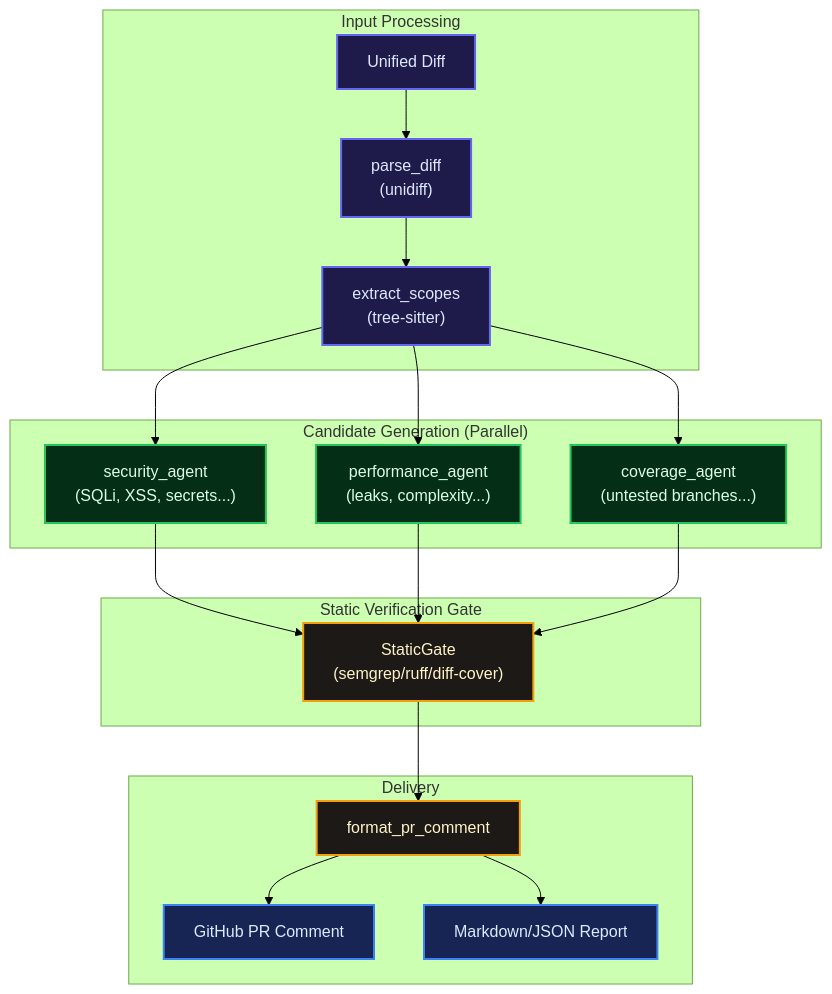
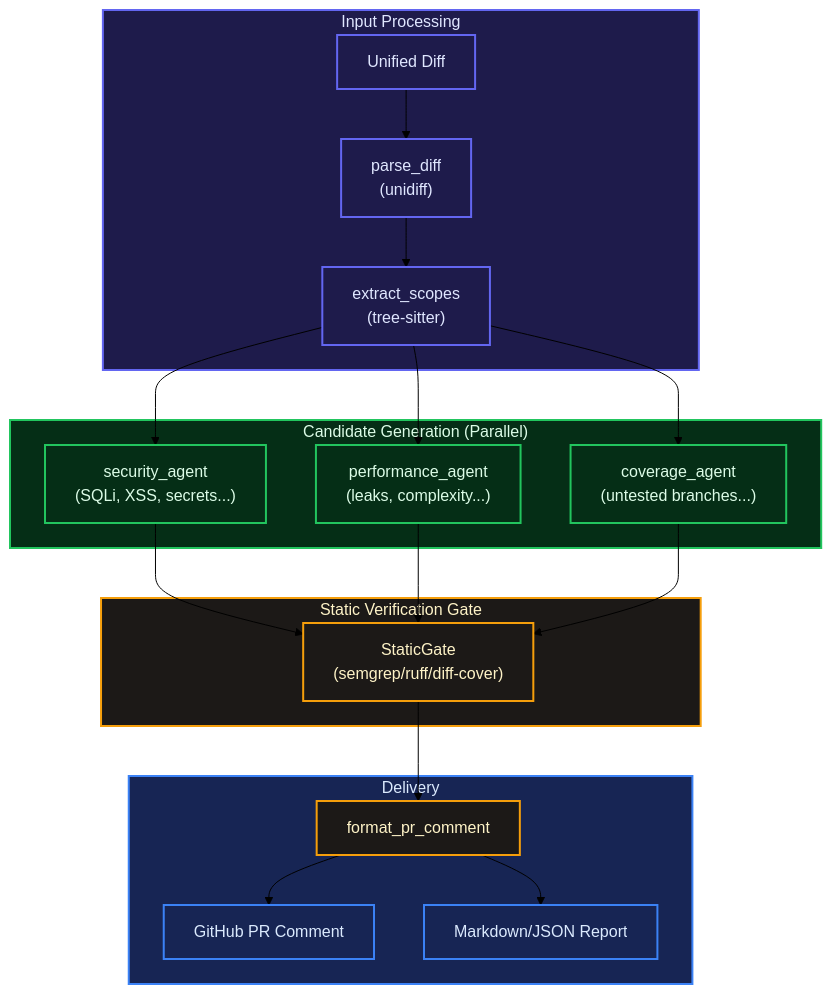
The diagram in README.md (VineshF1/Kosen), drawn with Mermaid (forest theme) before and after one commit.

````diff
--- a/README.md
+++ b/README.md
@@ -19,35 +19,35 @@
 ```mermaid
 flowchart TB
     classDef input fill:#1e1b4b,color:#e0e7ff,stroke:#6366f1,stroke-width:2px
     classDef agent fill:#052e16,color:#dcfce7,stroke:#22c55e,stroke-width:2px
     classDef gate fill:#1c1917,color:#fef3c7,stroke:#f59e0b,stroke-width:2px
     classDef output fill:#172554,color:#dbeafe,stroke:#3b82f6,stroke-width:2px
 
     subgraph INPUT["Input Processing"]
         DIFF["Unified Diff"] --> PARSE["parse_diff\n(unidiff)"]
         PARSE --> EXTRACT["extract_scopes\n(tree-sitter)"]
     end
 
     subgraph AGENTS["Candidate Generation (Parallel)"]
         EXTRACT --> SEC["security_agent\n(SQLi, XSS, secrets...)"]
         EXTRACT --> PERF["performance_agent\n(leaks, complexity...)"]
         EXTRACT --> COV["coverage_agent\n(untested branches...)"]
     end
 
     subgraph GATE["Static Verification Gate"]
         SEC --> VERIFY["StaticGate\n(semgrep/ruff/diff-cover)"]
         PERF --> VERIFY
         COV --> VERIFY
     end
 
     subgraph OUTPUT["Delivery"]
         VERIFY --> FORMAT["format_pr_comment"]
         FORMAT --> GITHUB["GitHub PR Comment"]
         FORMAT --> MARKDOWN["Markdown/JSON Report"]
     end
 
-    class DIFF,PARSE,EXTRACT input
-    class SEC,PERF,COV agent
-    class VERIFY,FORMAT gate
-    class GITHUB,MARKDOWN output
+    class DIFF,PARSE,EXTRACT,INPUT input
+    class SEC,PERF,COV,AGENTS agent
+    class VERIFY,FORMAT,GATE gate
+    class GITHUB,MARKDOWN,OUTPUT output
 ```
````
